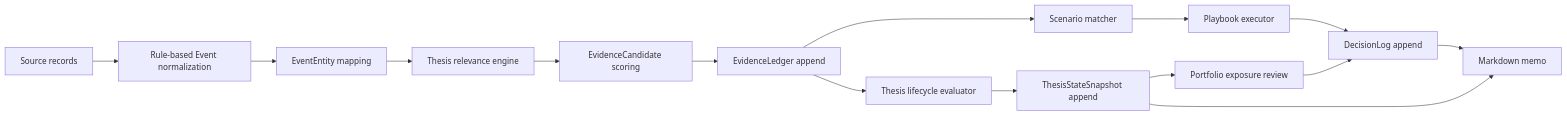
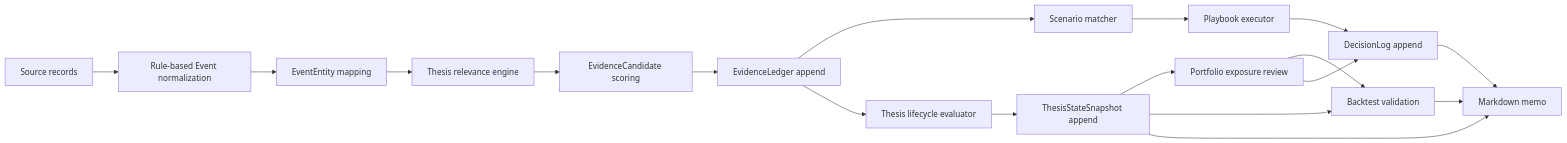
The diagram in docs/architecture.md (Hyuneey/project_stock), drawn with Mermaid before and after one commit. The commit also changed other lines of this file and 15 other files, not shown here.

Commit message:
Add backtest validation layer

````diff
--- a/docs/architecture.md
+++ b/docs/architecture.md
@@ -10,17 +10,20 @@
 ```mermaid
 flowchart LR
   A["Source records"] --> B["Rule-based Event normalization"]
   B --> C["EventEntity mapping"]
   C --> D["Thesis relevance engine"]
   D --> E["EvidenceCandidate scoring"]
   E --> F["EvidenceLedger append"]
   F --> G["Scenario matcher"]
   F --> H["Thesis lifecycle evaluator"]
   J --> M["Portfolio exposure review"]
+  J --> N["Backtest validation"]
+  M --> N
   G --> I["Playbook executor"]
   H --> J["ThesisStateSnapshot append"]
   I --> K["DecisionLog append"]
   M --> K
+  N --> L
   J --> L["Markdown memo"]
   K --> L
 ```
````
